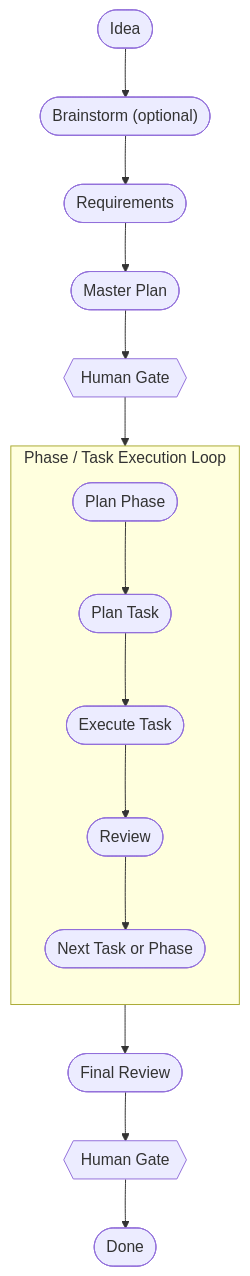
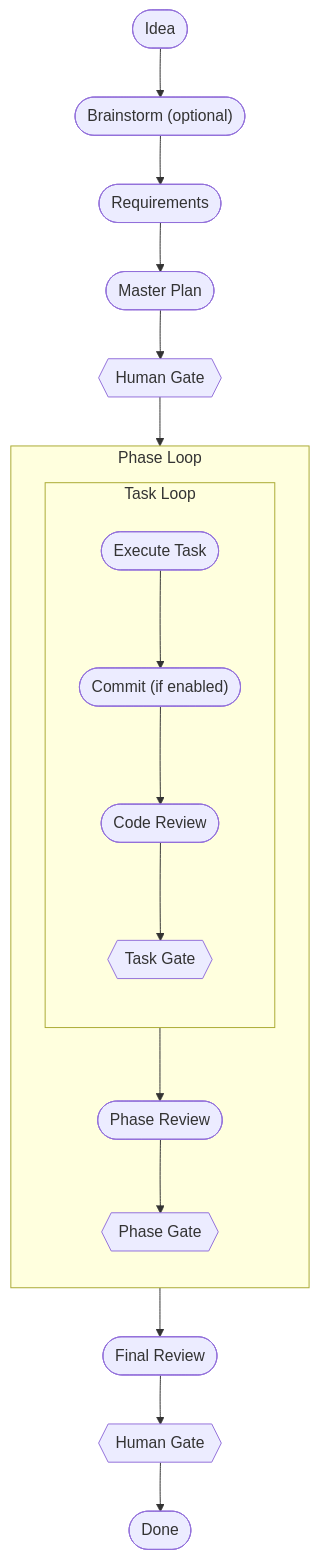
One commit to MetalHexx/RadOrchestration changed the diagram in README.md. Above: the diagram before and after it, drawn with Mermaid. The commit also changed other lines of this file and 3 other files, not shown here.

First line of the commit message:
fix(docs): address PR #82 round-2 review — README Mermaid + image HTML, commit timing, T{NN}, dashboard run section

````diff
--- a/README.md
+++ b/README.md
@@ -13,20 +13,24 @@
 ```mermaid
 flowchart TD
     IDEA(["Idea"]) --> BRAIN(["Brainstorm (optional)"])
     BRAIN --> REQ(["Requirements"])
     REQ --> PLAN(["Master Plan"])
     PLAN --> GATE1{{"Human Gate"}}
 
-    subgraph LOOP ["Phase / Task Execution Loop"]
+    subgraph LOOP ["Phase Loop"]
         direction TB
-        PHASE(["Plan Phase"]) --> TASK(["Plan Task"])
-        TASK --> EXEC(["Execute Task"])
-        EXEC --> REVIEW(["Review"])
-        REVIEW --> NEXT(["Next Task or Phase"])
+        subgraph TLOOP ["Task Loop"]
+            direction TB
+            EXEC(["Execute Task"]) --> COMMIT(["Commit (if enabled)"])
+            COMMIT --> REVIEW(["Code Review"])
+            REVIEW --> TGATE{{"Task Gate"}}
+        end
+        TLOOP --> PREVIEW(["Phase Review"])
+        PREVIEW --> PGATE{{"Phase Gate"}}
     end
 
     GATE1 --> LOOP
     LOOP --> FINAL(["Final Review"])
     FINAL --> GATE2{{"Human Gate"}}
     GATE2 --> DONE(["Done"])
 ```
````
